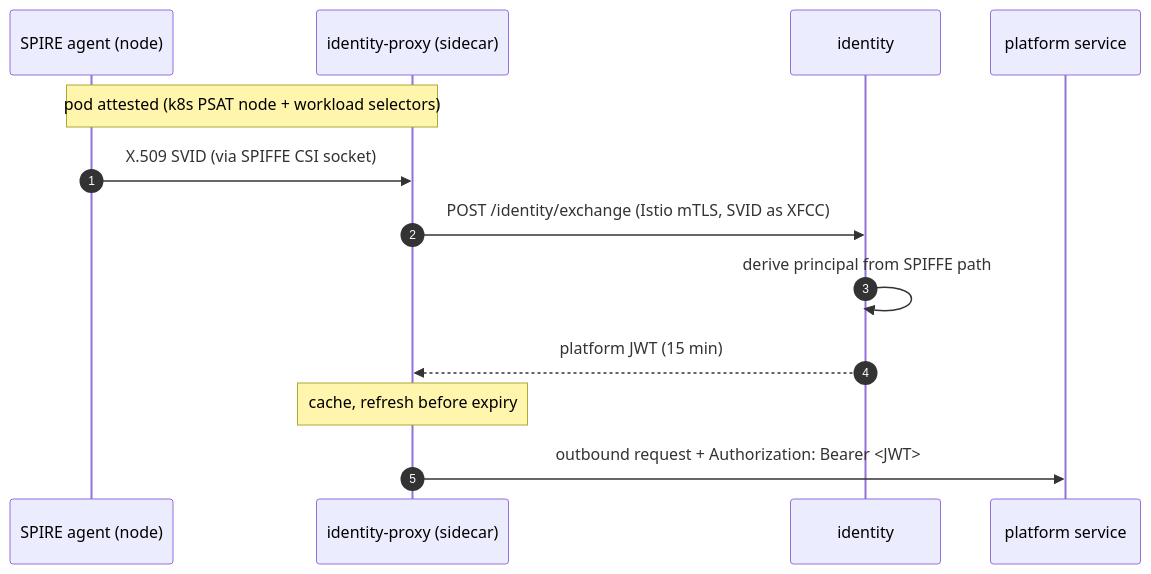
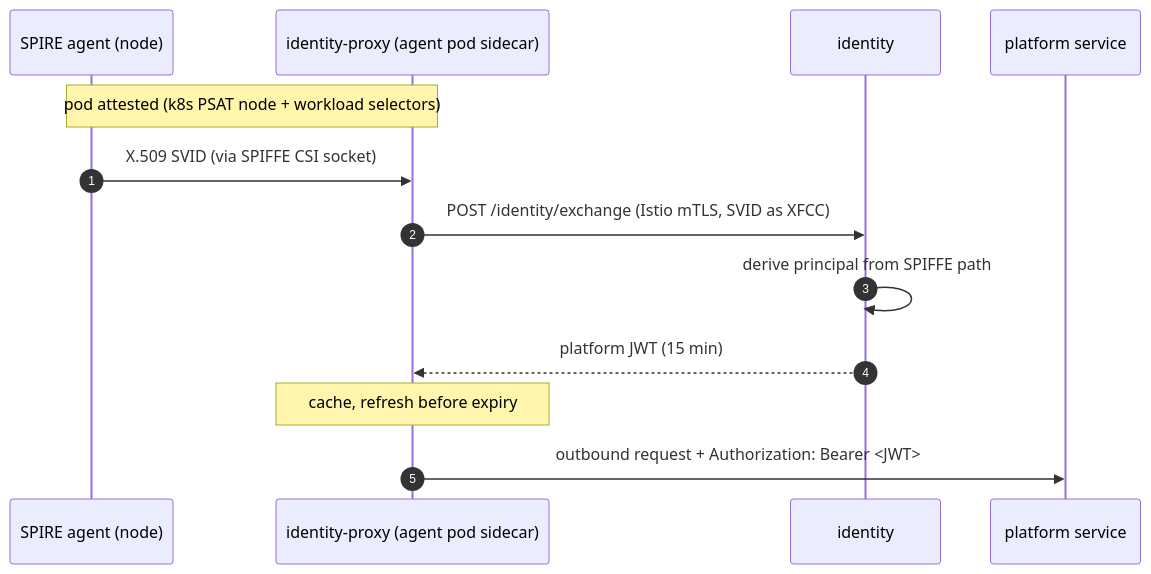
One commit to runkora/kora changed the diagram in docs/architecture/identity.md. Above: the diagram before and after it, drawn with Mermaid. The commit also changed 2 other files, not shown here.

Commit message:
fix: address review: always wire the delegation broker, label the agent sidecar, fix a test doc comment

````diff
--- a/docs/architecture/identity.md
+++ b/docs/architecture/identity.md
@@ -7,15 +7,15 @@
 ```mermaid
 sequenceDiagram
     autonumber
     participant SPIRE as SPIRE agent (node)
-    participant IP as identity-proxy (sidecar)
+    participant IP as identity-proxy (agent pod sidecar)
     participant ID as identity
     participant SVC as platform service
     Note over SPIRE,IP: pod attested (k8s PSAT node + workload selectors)
     SPIRE->>IP: X.509 SVID (via SPIFFE CSI socket)
     IP->>ID: POST /identity/exchange (Istio mTLS, SVID as XFCC)
     ID->>ID: derive principal from SPIFFE path
     ID-->>IP: platform JWT (15 min)
     Note over IP: cache, refresh before expiry
     IP->>SVC: outbound request + Authorization: Bearer <JWT>
 ```
````
